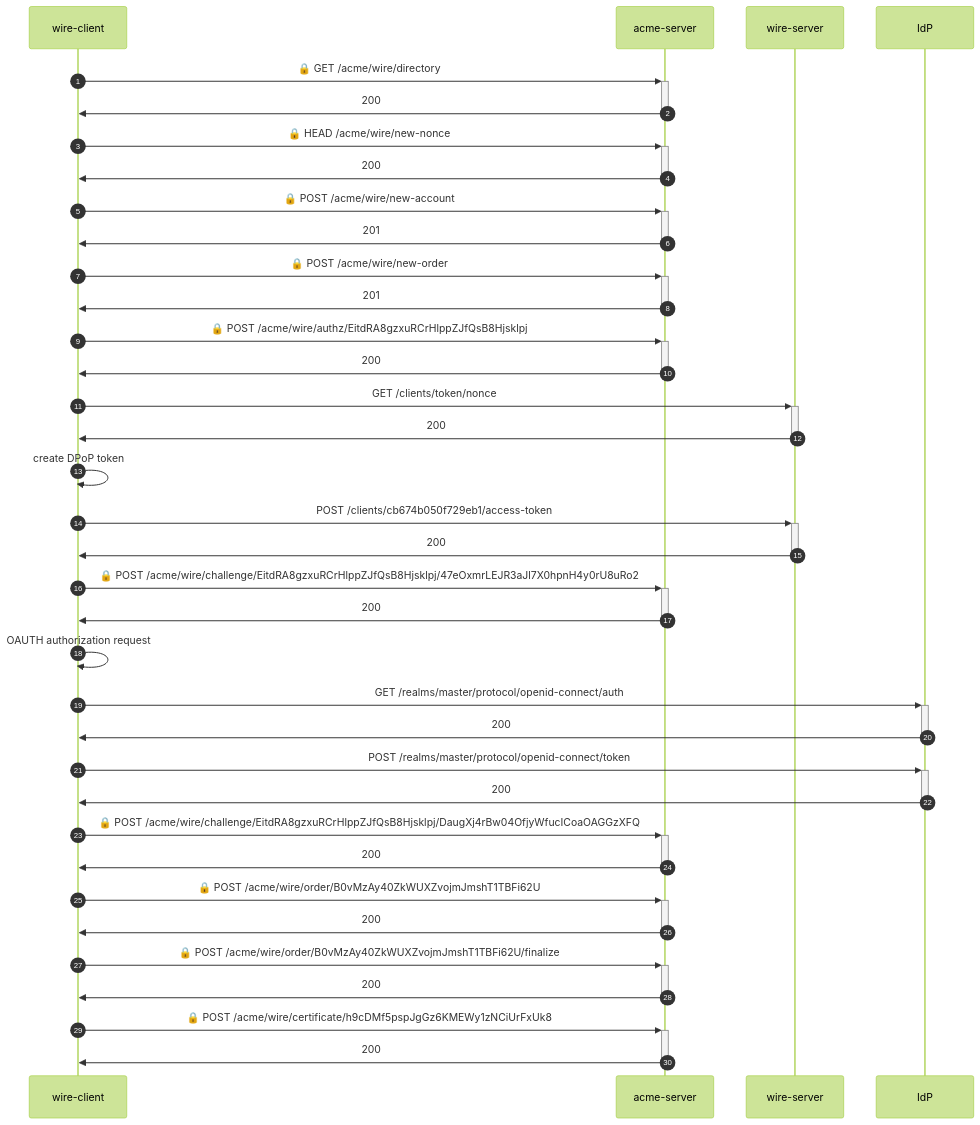
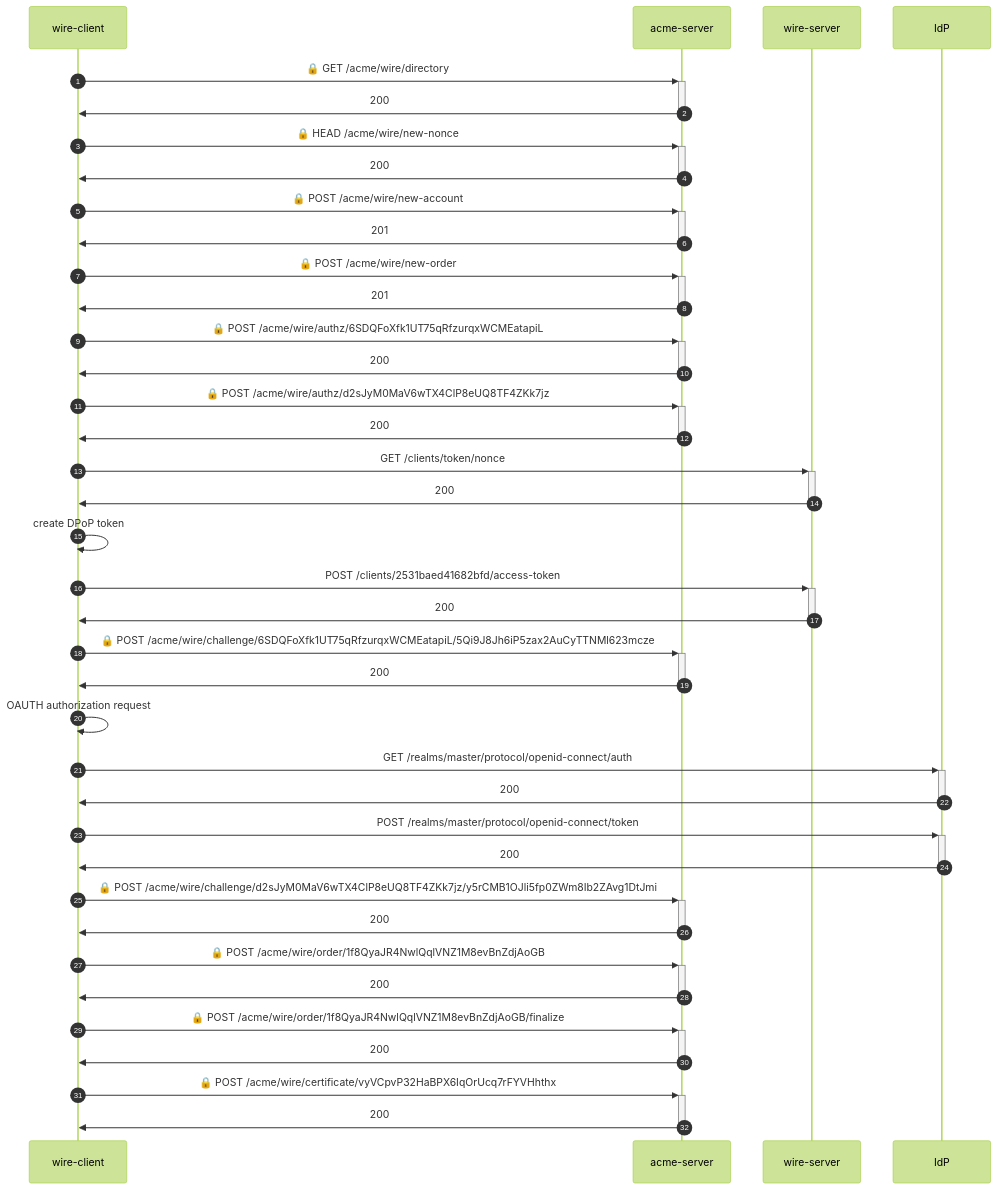
One commit to wireapp/rusty-jwt-tools changed the diagram in e2e-identity/README.md. Above: the diagram before and after it, drawn with Mermaid (forest theme). The commit also changed other lines of this file and 16 other files, not shown here.

````diff
--- a/e2e-identity/README.md
+++ b/e2e-identity/README.md
@@ -3,34 +3,36 @@
 ```mermaid
 sequenceDiagram
     autonumber
     wire-client->>+acme-server: 🔒 GET /acme/wire/directory
     acme-server->>-wire-client: 200
     wire-client->>+acme-server: 🔒 HEAD /acme/wire/new-nonce
     acme-server->>-wire-client: 200
     wire-client->>+acme-server: 🔒 POST /acme/wire/new-account
     acme-server->>-wire-client: 201
     wire-client->>+acme-server: 🔒 POST /acme/wire/new-order
     acme-server->>-wire-client: 201
-    wire-client->>+acme-server: 🔒 POST /acme/wire/authz/EitdRA8gzxuRCrHlppZJfQsB8Hjsklpj
+    wire-client->>+acme-server: 🔒 POST /acme/wire/authz/6SDQFoXfk1UT75qRfzurqxWCMEatapiL
+    acme-server->>-wire-client: 200
+    wire-client->>+acme-server: 🔒 POST /acme/wire/authz/d2sJyM0MaV6wTX4ClP8eUQ8TF4ZKk7jz
     acme-server->>-wire-client: 200
     wire-client->>+wire-server:  GET /clients/token/nonce
     wire-server->>-wire-client: 200
     wire-client->>wire-client: create DPoP token
-    wire-client->>+wire-server:  POST /clients/cb674b050f729eb1/access-token
+    wire-client->>+wire-server:  POST /clients/2531baed41682bfd/access-token
     wire-server->>-wire-client: 200
-    wire-client->>+acme-server: 🔒 POST /acme/wire/challenge/EitdRA8gzxuRCrHlppZJfQsB8Hjsklpj/47eOxmrLEJR3aJl7X0hpnH4y0rU8uRo2
+    wire-client->>+acme-server: 🔒 POST /acme/wire/challenge/6SDQFoXfk1UT75qRfzurqxWCMEatapiL/5Qi9J8Jh6iP5zax2AuCyTTNMl623mcze
     acme-server->>-wire-client: 200
     wire-client->>wire-client: OAUTH authorization request
     wire-client->>+IdP:  GET /realms/master/protocol/openid-connect/auth
     IdP->>-wire-client: 200
     wire-client->>+IdP:  POST /realms/master/protocol/openid-connect/token
     IdP->>-wire-client: 200
-    wire-client->>+acme-server: 🔒 POST /acme/wire/challenge/EitdRA8gzxuRCrHlppZJfQsB8Hjsklpj/DaugXj4rBw04OfjyWfucICoaOAGGzXFQ
+    wire-client->>+acme-server: 🔒 POST /acme/wire/challenge/d2sJyM0MaV6wTX4ClP8eUQ8TF4ZKk7jz/y5rCMB1OJli5fp0ZWm8Ib2ZAvg1DtJmi
     acme-server->>-wire-client: 200
-    wire-client->>+acme-server: 🔒 POST /acme/wire/order/B0vMzAy40ZkWUXZvojmJmshT1TBFi62U
+    wire-client->>+acme-server: 🔒 POST /acme/wire/order/1f8QyaJR4NwlQqlVNZ1M8evBnZdjAoGB
     acme-server->>-wire-client: 200
-    wire-client->>+acme-server: 🔒 POST /acme/wire/order/B0vMzAy40ZkWUXZvojmJmshT1TBFi62U/finalize
+    wire-client->>+acme-server: 🔒 POST /acme/wire/order/1f8QyaJR4NwlQqlVNZ1M8evBnZdjAoGB/finalize
     acme-server->>-wire-client: 200
-    wire-client->>+acme-server: 🔒 POST /acme/wire/certificate/h9cDMf5pspJgGz6KMEWy1zNCiUrFxUk8
+    wire-client->>+acme-server: 🔒 POST /acme/wire/certificate/vyVCpvP32HaBPX6IqOrUcq7rFYVHhthx
     acme-server->>-wire-client: 200
 ```
````
